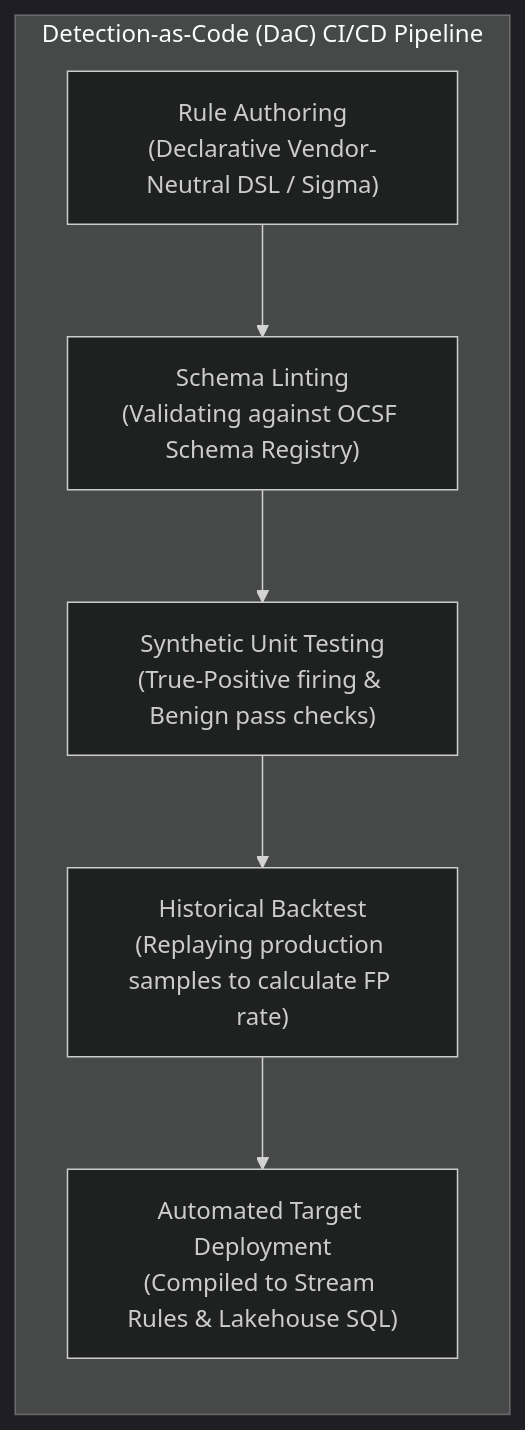
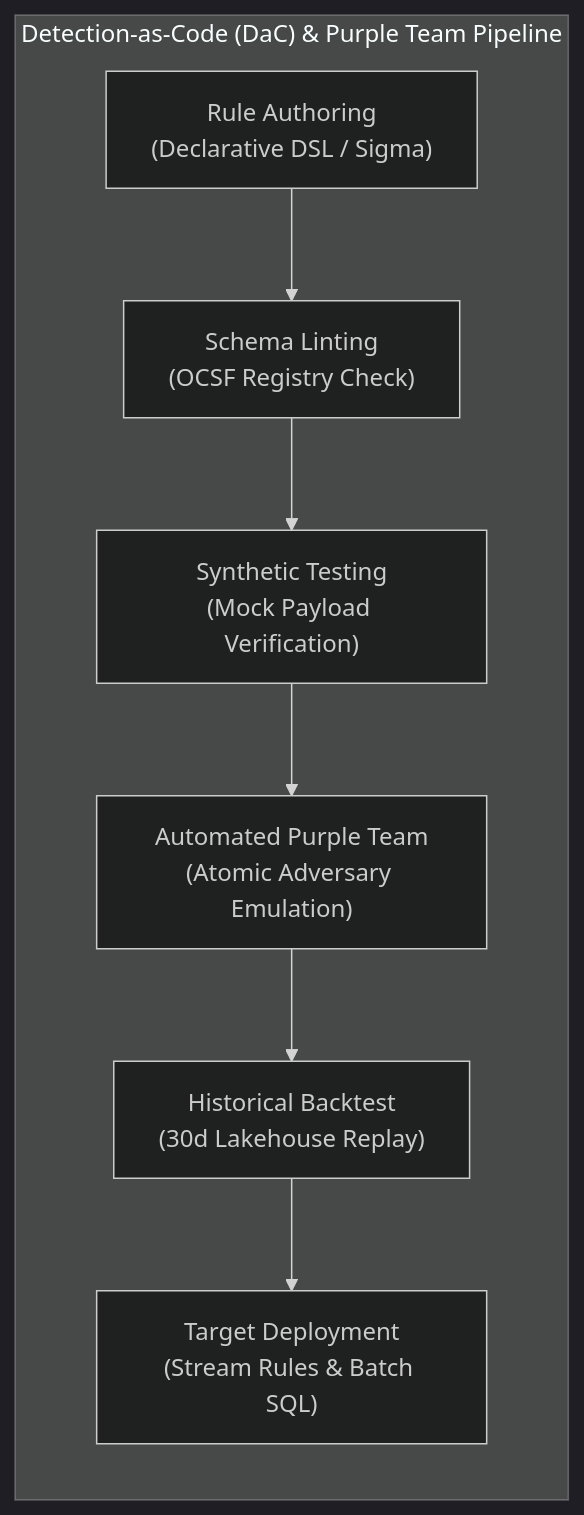
Before and after one commit to Haribu/TIDIR: the fourth of 6 diagrams in docs/architecture/05-cross-cutting-engineering-disciplines.md, drawn with Mermaid (dark theme). The commit also changed other lines of this file and 34 other files, not shown here.

````diff
--- a/docs/architecture/05-cross-cutting-engineering-disciplines.md
+++ b/docs/architecture/05-cross-cutting-engineering-disciplines.md
@@ -108,15 +114,17 @@
 ```mermaid
 flowchart LR
-  subgraph DaC_Pipeline ["Detection-as-Code (DaC) CI/CD Pipeline"]
-    AUTHOR["Rule Authoring\n(Declarative Vendor-Neutral DSL / Sigma)"]
-    LINT["Schema Linting\n(Validating against OCSF Schema Registry)"]
-    UNIT_TEST["Synthetic Unit Testing\n(True-Positive firing & Benign pass checks)"]
-    REGRESSION["Historical Backtest\n(Replaying production samples to calculate FP rate)"]
-    DEPLOY["Automated Target Deployment\n(Compiled to Stream Rules & Lakehouse SQL)"]
+  subgraph DaC_Pipeline ["Detection-as-Code (DaC) & Purple Team Pipeline"]
+    AUTHOR["Rule Authoring\n(Declarative DSL / Sigma)"]
+    LINT["Schema Linting\n(OCSF Registry Check)"]
+    UNIT_TEST["Synthetic Testing\n(Mock Payload Verification)"]
+    PURPLE["Automated Purple Team\n(Atomic Adversary Emulation)"]
+    REGRESSION["Historical Backtest\n(30d Lakehouse Replay)"]
+    DEPLOY["Target Deployment\n(Stream Rules & Batch SQL)"]
   end
 
   AUTHOR --> LINT
   LINT --> UNIT_TEST
-  UNIT_TEST --> REGRESSION
+  UNIT_TEST --> PURPLE
+  PURPLE --> REGRESSION
   REGRESSION --> DEPLOY
 ```
````
